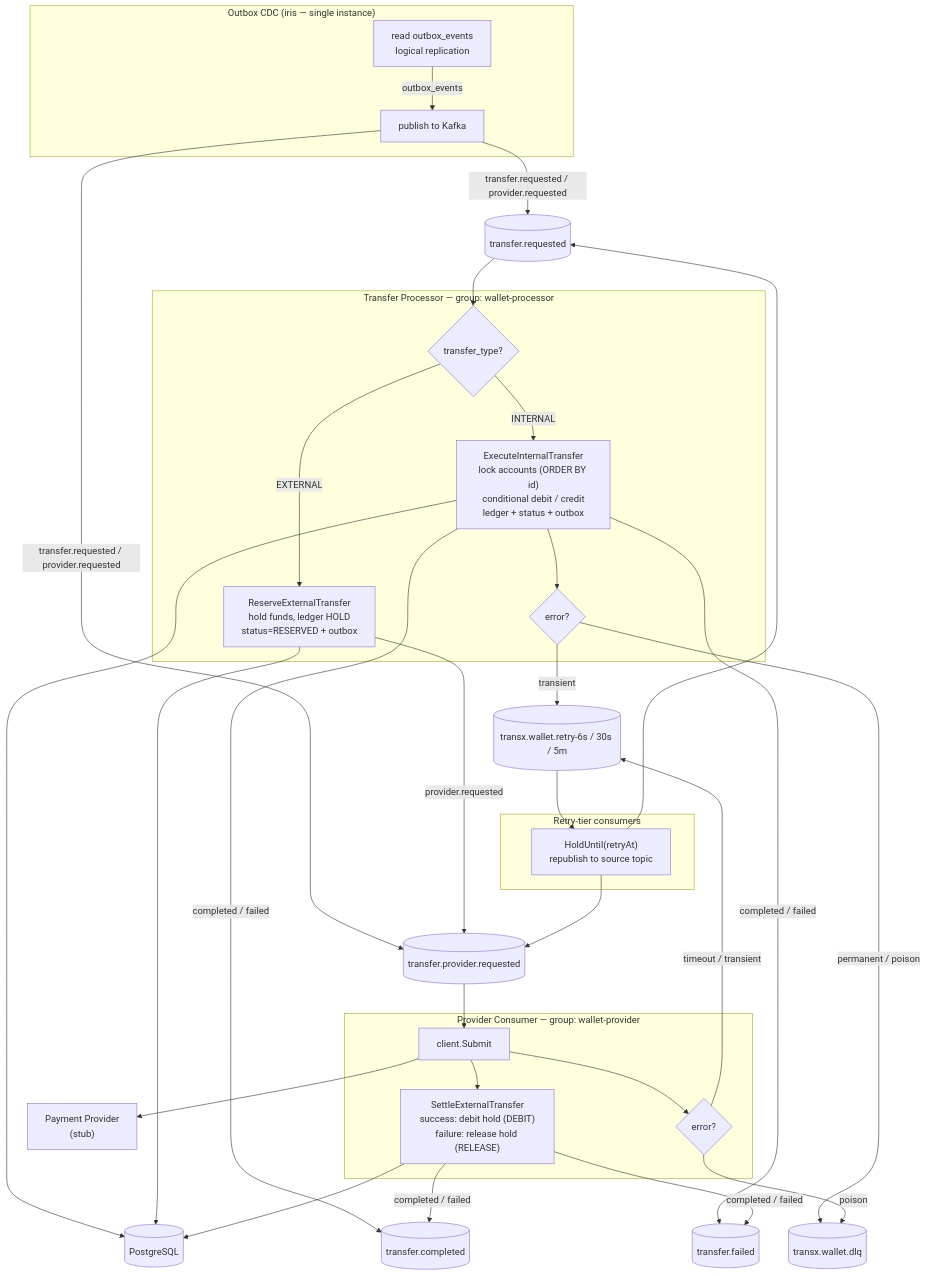
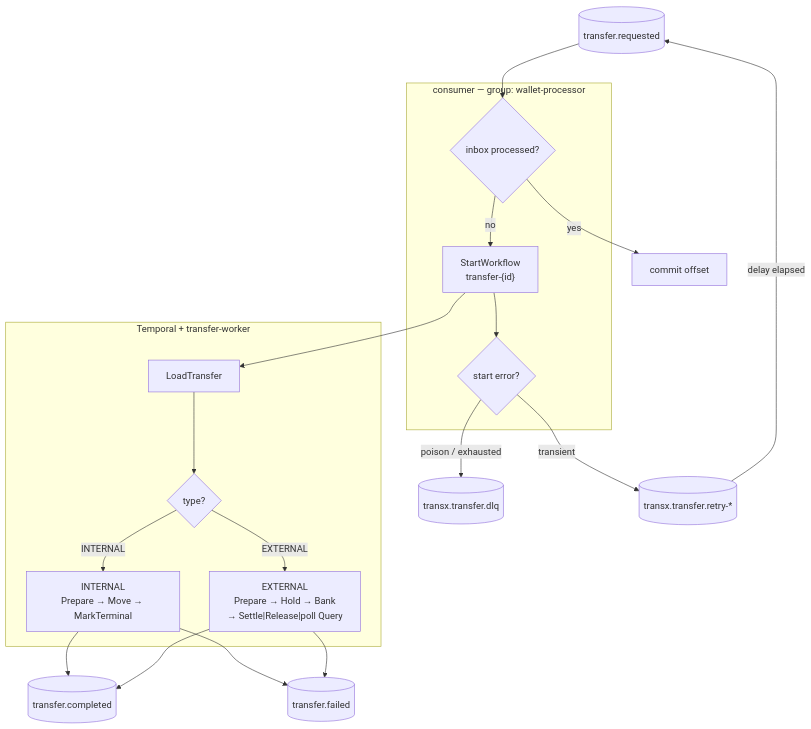
The fourth of 5 diagrams in README.md (Phathdt/transx), drawn with Mermaid before and after one commit. The commit also changed other lines of this file and 20 other files, not shown here.

First line of the commit message:
feat(transfer): orchestrate transfers with Temporal saga

````diff
--- a/README.md
+++ b/README.md
@@ -497,58 +463,37 @@
 ```mermaid
 flowchart TD
-    DB[("PostgreSQL")]
     RPREQ[("transfer.requested")]
-    RPPROV[("transfer.provider.requested")]
     RPDONE[("transfer.completed")]
     RPFAIL[("transfer.failed")]
-    PROV["Payment Provider\n(stub)"]
-    RETRY[("transx.wallet.retry-6s / 30s / 5m")]
-    DLQ[("transx.wallet.dlq")]
+    TDLQ[("transx.transfer.dlq")]
+    TRETRY[("transx.transfer.retry-*")]
 
-    subgraph CDC["Outbox CDC (iris — single instance)"]
-        POLL["read outbox_events\nlogical replication"]
-        PUSH["publish to Kafka"]
+    subgraph Bridge["consumer — group: wallet-processor"]
+      DEDUP{"inbox processed?"}
+      START["StartWorkflow\ntransfer-{id}"]
+      ESCALATE{"start error?"}
     end
 
-    subgraph Processor["Transfer Processor — group: wallet-processor"]
-        ROUTE{"transfer_type?"}
-        EXEC["ExecuteInternalTransfer\nlock accounts (ORDER BY id)\nconditional debit / credit\nledger + status + outbox"]
-        RESV["ReserveExternalTransfer\nhold funds, ledger HOLD\nstatus=RESERVED + outbox"]
-        CLASS{"error?"}
+    subgraph Temporal["Temporal + transfer-worker"]
+      LOAD["LoadTransfer"]
+      TYPE{"type?"}
+      INT["INTERNAL\nPrepare → Move → MarkTerminal"]
+      EXT["EXTERNAL\nPrepare → Hold → Bank\n→ Settle|Release|poll Query"]
     end
 
-    subgraph Provider["Provider Consumer — group: wallet-provider"]
-        SUBMIT["client.Submit"]
-        SETTLE["SettleExternalTransfer\nsuccess: debit hold (DEBIT)\nfailure: release hold (RELEASE)"]
-        PCLASS{"error?"}
-    end
-
-    subgraph Retry["Retry-tier consumers"]
-        HOLD["HoldUntil(retryAt)\nrepublish to source topic"]
-    end
-
-    POLL -->|"outbox_events"| PUSH
-    PUSH -->|"transfer.requested / provider.requested"| RPREQ & RPPROV
-
-    RPREQ --> ROUTE
-    ROUTE -->|INTERNAL| EXEC
-    ROUTE -->|EXTERNAL| RESV
-    EXEC --> DB
-    RESV --> DB
-    RESV -->|provider.requested| RPPROV
-    EXEC -->|completed / failed| RPDONE & RPFAIL
-    EXEC --> CLASS
-    CLASS -->|transient| RETRY
-    CLASS -->|permanent / poison| DLQ
-
-    RPPROV --> SUBMIT
-    SUBMIT --> PROV
-    SUBMIT --> SETTLE
-    SETTLE --> DB
-    SETTLE -->|completed / failed| RPDONE & RPFAIL
-    SUBMIT --> PCLASS
-    PCLASS -->|timeout / transient| RETRY
-    PCLASS -->|poison| DLQ
-    RETRY --> HOLD
-    HOLD --> RPREQ & RPPROV
+    RPREQ --> DEDUP
+    DEDUP -->|yes| SKIP["commit offset"]
+    DEDUP -->|no| START
+    START --> LOAD
+    LOAD --> TYPE
+    TYPE -->|INTERNAL| INT
+    TYPE -->|EXTERNAL| EXT
+    INT --> RPDONE
+    INT --> RPFAIL
+    EXT --> RPDONE
+    EXT --> RPFAIL
+    START --> ESCALATE
+    ESCALATE -->|transient| TRETRY
+    ESCALATE -->|poison / exhausted| TDLQ
+    TRETRY -->|delay elapsed| RPREQ
 ```
````
